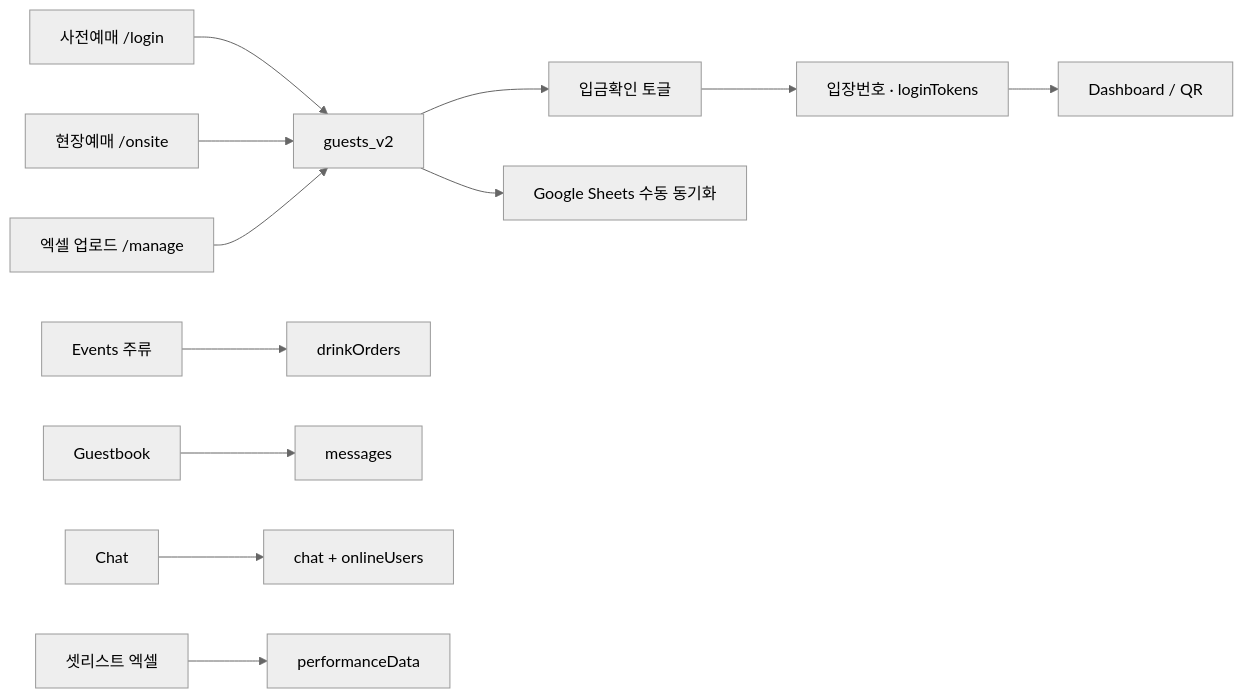
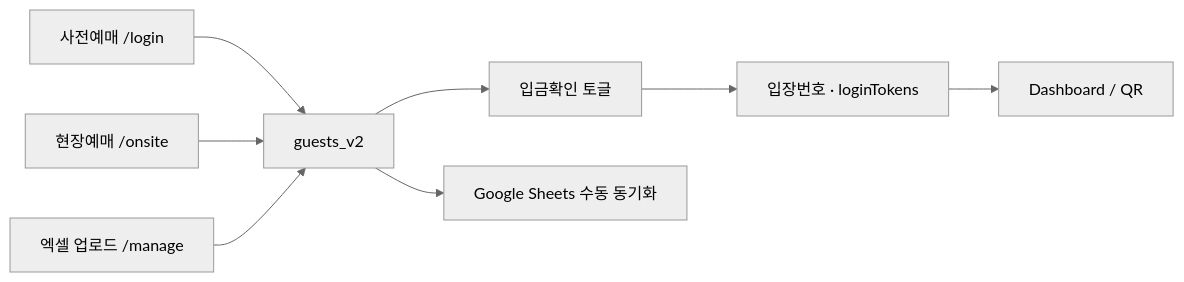
One commit to dlwldn4824/band changed the second of 6 diagrams in README.md. Above: the diagram before and after it, drawn with Mermaid (neutral theme). The commit also changed other lines of this file, not shown here.

First line of the commit message:
docs: README에 Mermaid 파이프라인 다이어그램 추가

````diff
--- a/README.md
+++ b/README.md
@@ -116,14 +124,10 @@
 ```mermaid
 flowchart LR
   A[사전예매 /login] --> G[guests_v2]
   B[현장예매 /onsite] --> G
   C[엑셀 업로드 /manage] --> G
   G --> P[입금확인 토글]
   P --> E[입장번호 · loginTokens]
   E --> D[Dashboard / QR]
-  F[Events 주류] --> O[drinkOrders]
-  H[Guestbook] --> M[messages]
-  T[Chat] --> CH[chat + onlineUsers]
-  S[셋리스트 엑셀] --> PD[performanceData]
   G --> GS[Google Sheets 수동 동기화]
 ```
````
